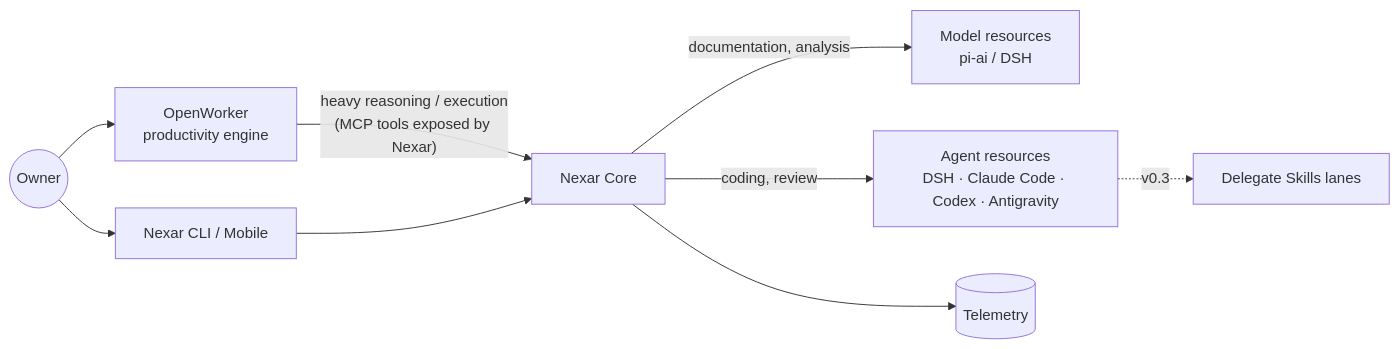
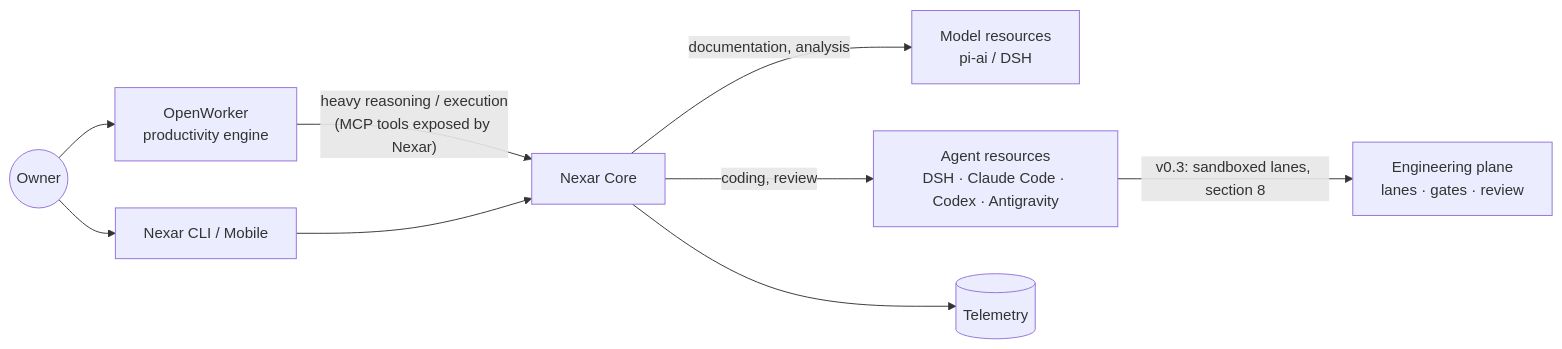
One commit to mohmedhat797/Nexar-Ai changed the fourth of 7 diagrams in docs/architecture/overview.md. Above: the diagram before and after it, drawn with Mermaid. The commit also changed other lines of this file and 14 other files, not shown here.

````diff
--- a/docs/architecture/overview.md
+++ b/docs/architecture/overview.md
@@ -207,11 +207,11 @@
 ```mermaid
 flowchart LR
   U((Owner)) --> OW[OpenWorker<br/>productivity engine]
   U --> CLI[Nexar CLI / Mobile]
   OW -- "heavy reasoning / execution<br/>(MCP tools exposed by Nexar)" --> NX[Nexar Core]
   CLI --> NX
   NX -->|documentation, analysis| M[Model resources<br/>pi-ai / DSH]
   NX -->|coding, review| AG[Agent resources<br/>DSH · Claude Code · Codex · Antigravity]
-  AG -.->|v0.3| DS[Delegate Skills lanes]
+  AG -->|v0.3: sandboxed lanes, section 8| DS[Engineering plane<br/>lanes · gates · review]
   NX --> TEL[(Telemetry)]
 ```
````
